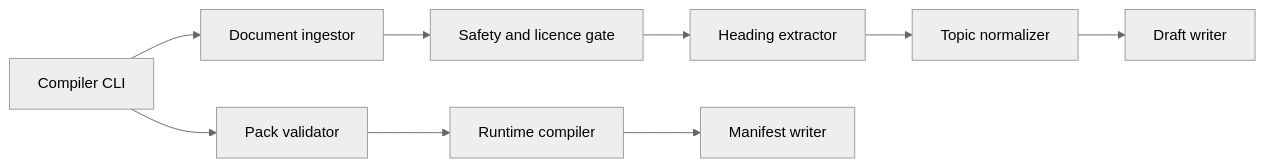
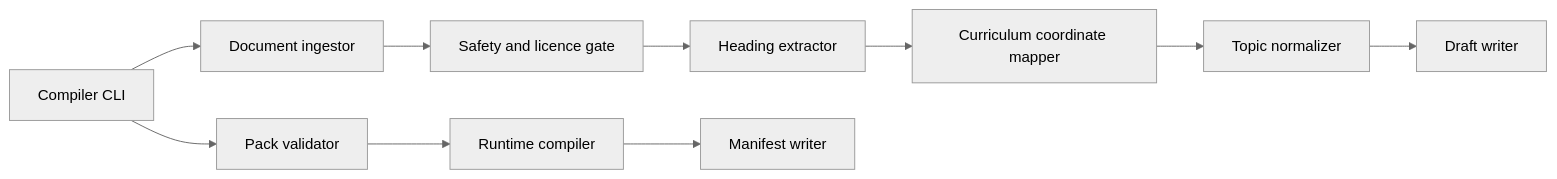
The third of 3 diagrams in docs/L3_COMPONENT_DESIGN.md (utkarsh-senpai/MediPrompt), drawn with Mermaid (neutral theme) before and after one commit. The commit also changed other lines of this file and 5 other files, not shown here.

````diff
--- a/docs/L3_COMPONENT_DESIGN.md
+++ b/docs/L3_COMPONENT_DESIGN.md
@@ -257,15 +273,16 @@
 ```mermaid
 flowchart LR
     CLI[Compiler CLI]
     Ingest[Document ingestor]
     Detect[Safety and licence gate]
     Extract[Heading extractor]
+    Locate[Curriculum coordinate mapper]
     Normalize[Topic normalizer]
     Draft[Draft writer]
     Validate[Pack validator]
     Compile[Runtime compiler]
     Manifest[Manifest writer]
 
-    CLI --> Ingest --> Detect --> Extract --> Normalize --> Draft
+    CLI --> Ingest --> Detect --> Extract --> Locate --> Normalize --> Draft
     CLI --> Validate --> Compile --> Manifest
 ```
````
